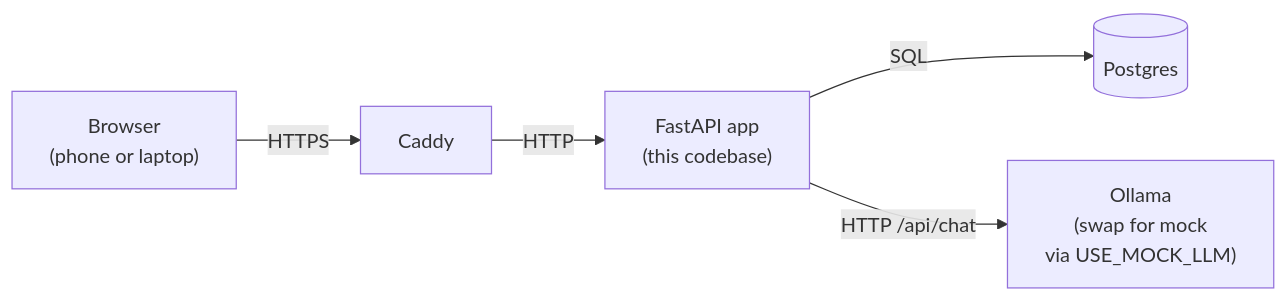
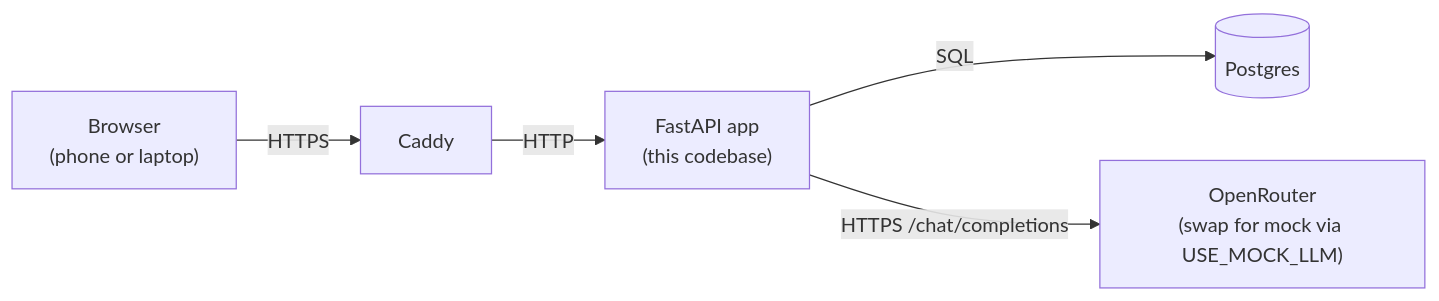
Before and after one commit to sammohan211/family-assistant: the first of 2 diagrams in ARCHITECTURE.md, drawn with Mermaid. The commit also changed other lines of this file and 10 other files, not shown here.

````diff
--- a/ARCHITECTURE.md
+++ b/ARCHITECTURE.md
@@ -19,7 +9,7 @@
 ```mermaid
 flowchart LR
     Browser["Browser<br/>(phone or laptop)"] -->|HTTPS| Caddy
     Caddy -->|HTTP| App["FastAPI app<br/>(this codebase)"]
     App -->|SQL| Postgres[("Postgres")]
-    App -->|HTTP /api/chat| Ollama["Ollama<br/>(swap for mock<br/>via USE_MOCK_LLM)"]
+    App -->|HTTPS /chat/completions| OpenRouter["OpenRouter<br/>(swap for mock via USE_MOCK_LLM)"]
 ```
````
